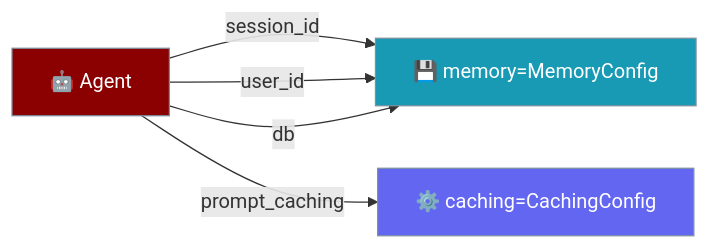
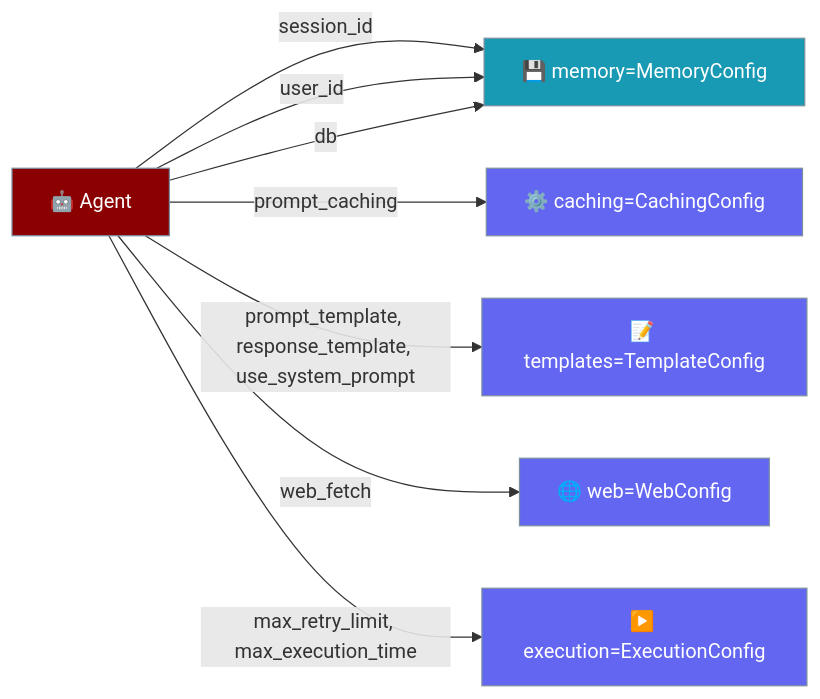
The second of 3 diagrams in docs/features/agent-legacy-params.mdx (MervinPraison/PraisonAIDocs), drawn with Mermaid before and after one commit. The commit also changed other lines of this file and 1 other file, not shown here.

Commit message:
fix: document 8 more removed Agent kwargs and fix flat max_retry_limit examples (fixes #5043) (#5060)

````diff
--- a/docs/features/agent-legacy-params.mdx
+++ b/docs/features/agent-legacy-params.mdx
@@ -292,15 +292,18 @@
 ```mermaid
 graph LR
     Agent[🤖 Agent] -->|session_id| M[💾 memory=MemoryConfig]
     Agent -->|user_id| M
     Agent -->|db| M
     Agent -->|prompt_caching| C[⚙️ caching=CachingConfig]
+    Agent -->|prompt_template, response_template, use_system_prompt| T[📝 templates=TemplateConfig]
+    Agent -->|web_fetch| W[🌐 web=WebConfig]
+    Agent -->|max_retry_limit, max_execution_time| E[▶️ execution=ExecutionConfig]
 
     classDef agent fill:#8B0000,stroke:#7C90A0,color:#fff
     classDef mem fill:#189AB4,stroke:#7C90A0,color:#fff
-    classDef cache fill:#6366F1,stroke:#7C90A0,color:#fff
+    classDef cfg fill:#6366F1,stroke:#7C90A0,color:#fff
 
     class Agent agent
     class M mem
-    class C cache
+    class C,T,W,E cfg
 ```
````
